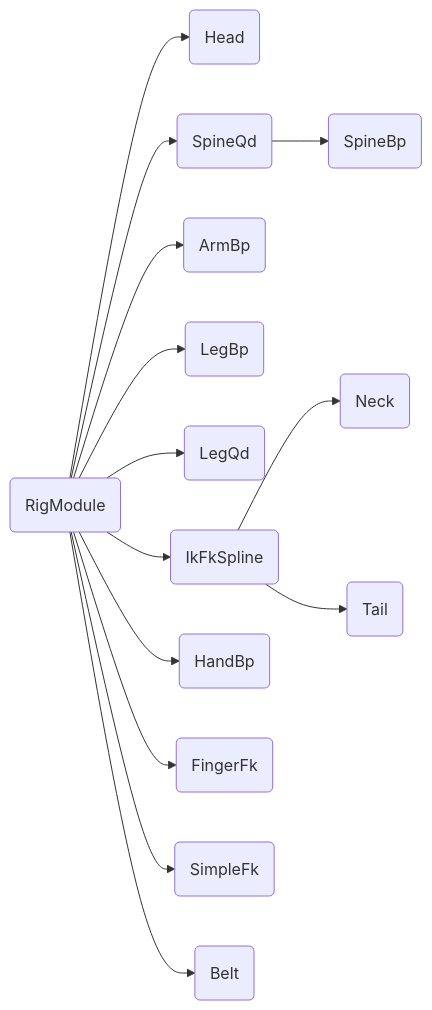
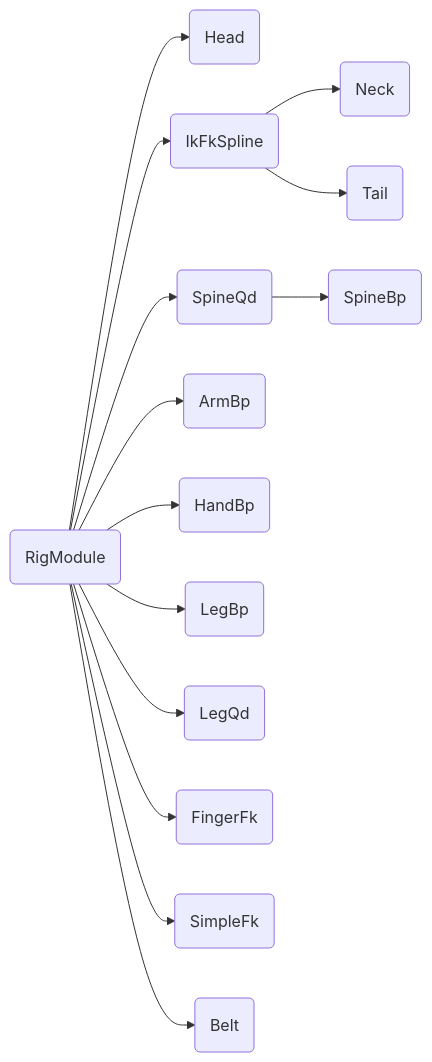
The second of 2 diagrams in README.md (nickyliux/nl_rigging_tools), drawn with Mermaid before and after one commit. The commit also changed other lines of this file, not shown here.

Commit message:
fix mermaid graph

````diff
--- a/README.md
+++ b/README.md
@@ -126,17 +126,18 @@
 ```mermaid
-
 flowchart LR
     id1(RigModule) --> id2(Head)
+    id1(RigModule) --> id12(IkFkSpline)
+    id12(IkFkSpline) --> id13(Neck)
+    id12(IkFkSpline) --> id14(Tail)
     id1(RigModule) --> id3(SpineQd)
     id3(SpineQd) --> id4(SpineBp)
     id1(RigModule) --> id5(ArmBp)
+    id1(RigModule) --> id8(HandBp)
     id1(RigModule) --> id6(LegBp)
     id1(RigModule) --> id7(LegQd)
-    id1(RigModule) --> id8(IkFkSpline)
-    id8(IkFkSpline) --> id9(Neck)
-    id8(IkFkSpline) --> id10(Tail)
-    id1(RigModule) --> id11(HandBp)
-    id1(RigModule) --> id12(FingerFk)
-    id1(RigModule) --> id13(SimpleFk)
-    id1(RigModule) --> id14(Belt)
+    id1(RigModule) --> id9(FingerFk)
+    id1(RigModule) --> id10(SimpleFk)
+    id1(RigModule) --> id11(Belt)
+    
+    
 ```
````
